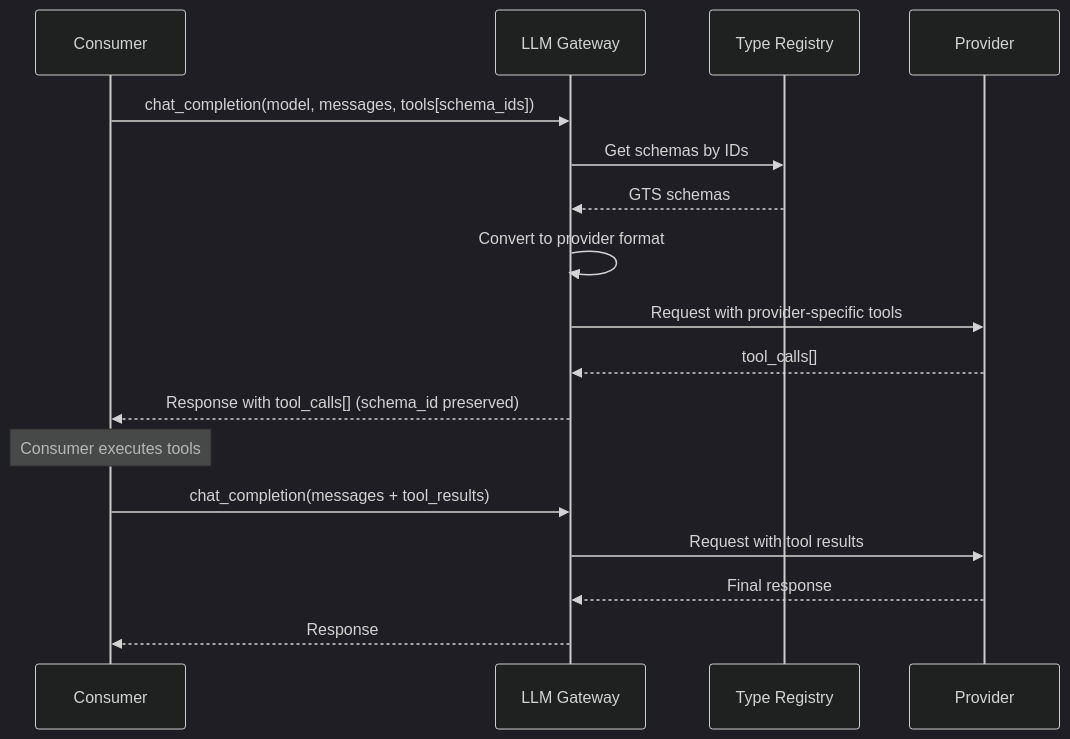
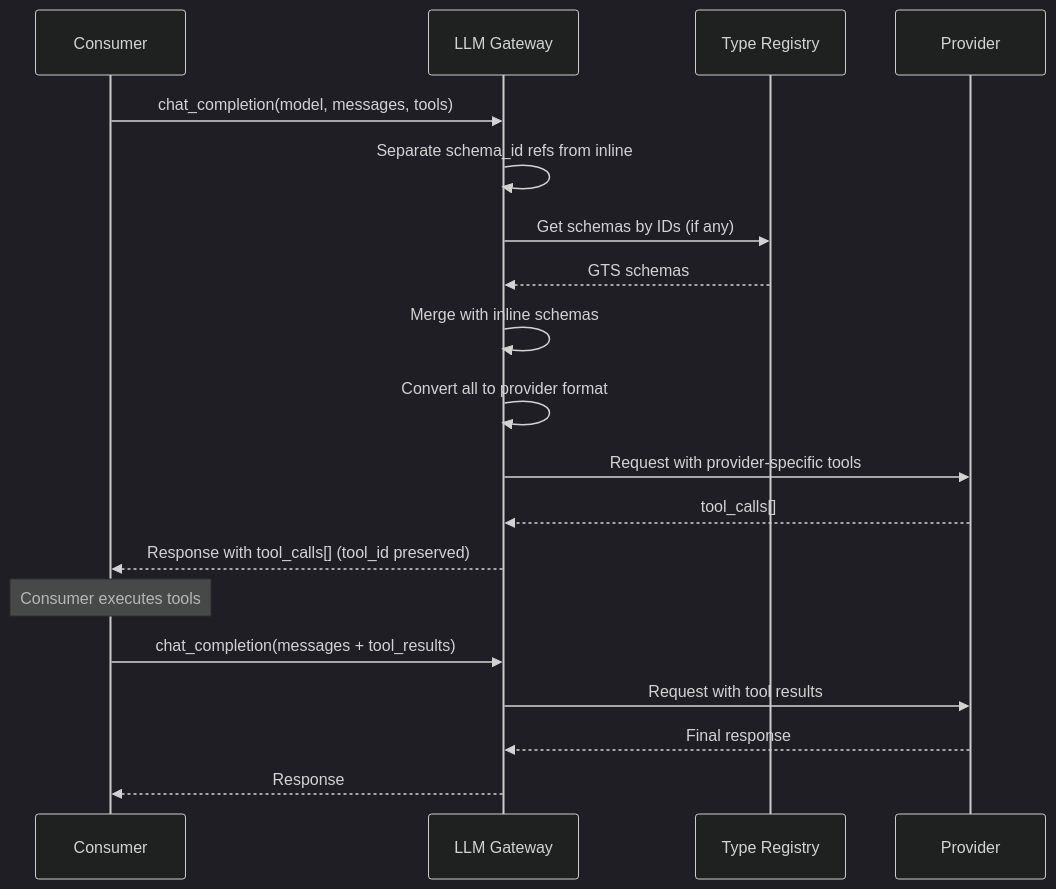
Before and after one commit to hypernetix/hyperspot: the tenth of 22 diagrams in modules/llm_gateway/docs/SCENARIOS.md, drawn with Mermaid (dark theme). The commit also changed other lines of this file and 1 other file, not shown here.

Commit message:
Add inline tool definition

````diff
--- a/modules/llm_gateway/docs/SCENARIOS.md
+++ b/modules/llm_gateway/docs/SCENARIOS.md
@@ -565,20 +615,22 @@
 ```mermaid
 sequenceDiagram
     participant C as Consumer
     participant GW as LLM Gateway
     participant TR as Type Registry
     participant P as Provider
 
-    C->>GW: chat_completion(model, messages, tools[schema_ids])
-    GW->>TR: Get schemas by IDs
+    C->>GW: chat_completion(model, messages, tools)
+    GW->>GW: Separate schema_id refs from inline
+    GW->>TR: Get schemas by IDs (if any)
     TR-->>GW: GTS schemas
-    GW->>GW: Convert to provider format
+    GW->>GW: Merge with inline schemas
+    GW->>GW: Convert all to provider format
     GW->>P: Request with provider-specific tools
     P-->>GW: tool_calls[]
-    GW-->>C: Response with tool_calls[] (schema_id preserved)
+    GW-->>C: Response with tool_calls[] (tool_id preserved)
     Note over C: Consumer executes tools
     C->>GW: chat_completion(messages + tool_results)
     GW->>P: Request with tool results
     P-->>GW: Final response
     GW-->>C: Response
 ```
````
